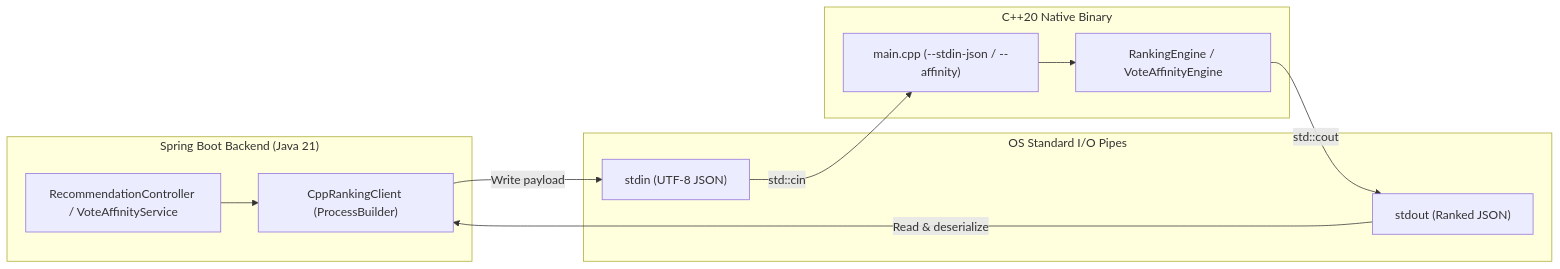
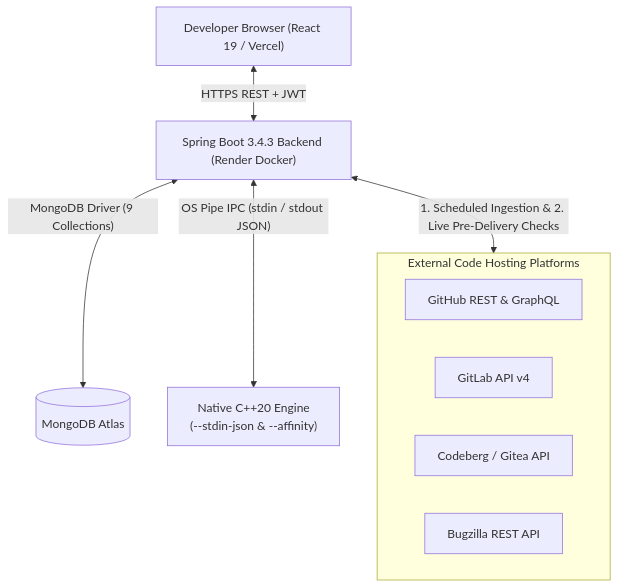
The diagram in README.md (xlord101/Issue-Pilot), drawn with Mermaid before and after one commit. The commit also changed other lines of this file, not shown here.

Commit message:
docs: polish README for final year report with live deployment, architecture, and collapsed build details

````diff
--- a/README.md
+++ b/README.md
@@ -61,16 +66,15 @@
 ```mermaid
-flowchart LR
-    subgraph Java ["Spring Boot Backend (Java 21)"]
-        RC["RecommendationController / VoteAffinityService"] --> CRC["CppRankingClient (ProcessBuilder)"]
-    end
-    subgraph Pipes ["OS Standard I/O Pipes"]
-        IN["stdin (UTF-8 JSON)"]
-        OUT["stdout (Ranked JSON)"]
-    end
-    subgraph CPP ["C++20 Native Binary"]
-        MAIN["main.cpp (--stdin-json / --affinity)"] --> CORE["RankingEngine / VoteAffinityEngine"]
+flowchart TD
+    User["Developer Browser (React 19 / Vercel)"] <-->|HTTPS REST + JWT| API["Spring Boot 3.4.3 Backend (Render Docker)"]
+    
+    subgraph Platforms["External Code Hosting Platforms"]
+        GH["GitHub REST & GraphQL"]
+        GL["GitLab API v4"]
+        CB["Codeberg / Gitea API"]
+        BZ["Bugzilla REST API"]
     end
 
-    CRC -->|Write payload| IN -->|std::cin| MAIN
-    CORE -->|std::cout| OUT -->|Read & deserialize| CRC
+    API <-->|"1. Scheduled Ingestion & 2. Live Pre-Delivery Checks"| Platforms
+    API <-->|"MongoDB Driver (9 Collections)"| DB[("MongoDB Atlas")]
+    API <-->|"OS Pipe IPC (stdin / stdout JSON)"| CPP["Native C++20 Engine<br/>(--stdin-json & --affinity)"]
 ```
````
